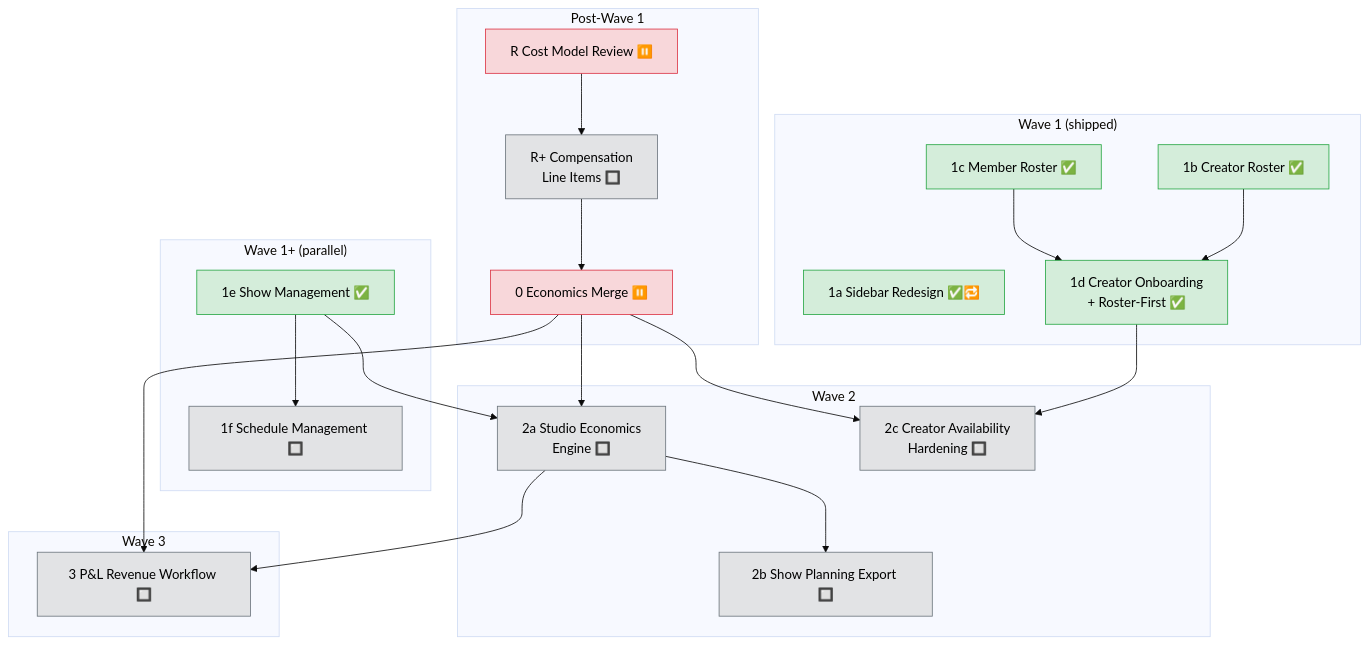
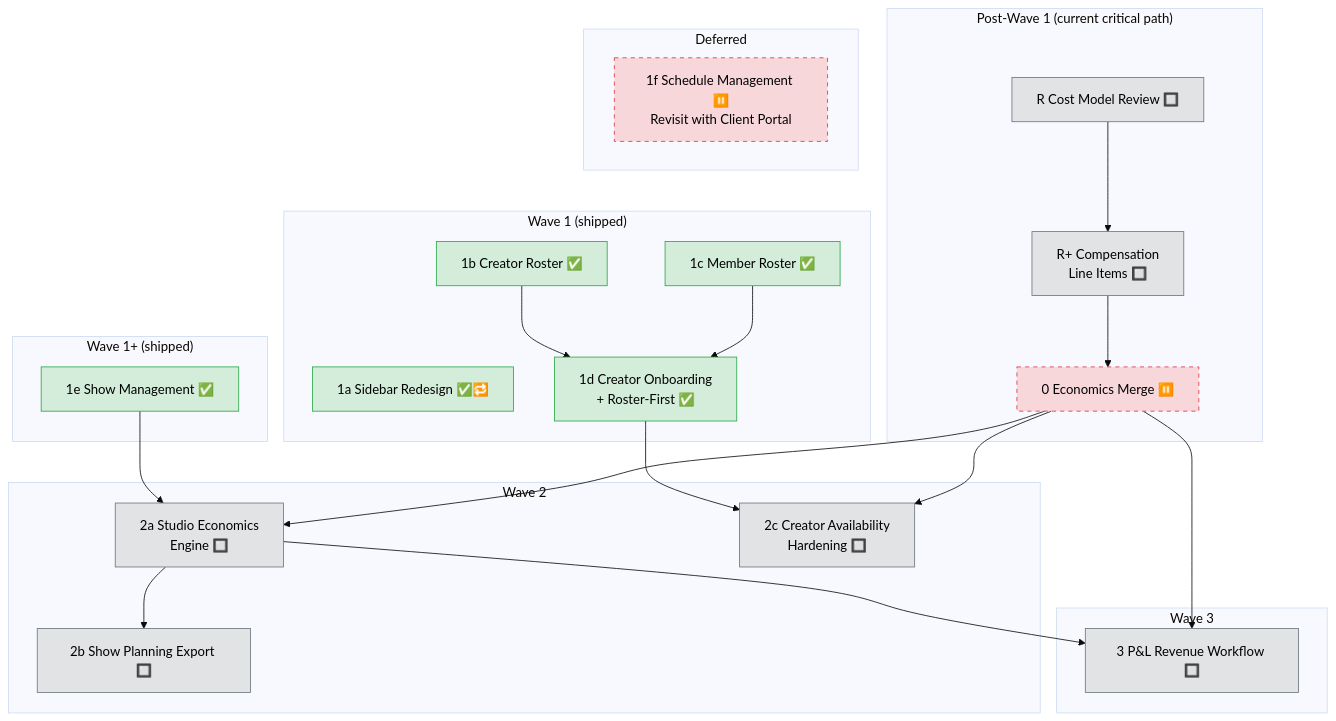
One commit to allenlin90/eridu-services changed the diagram in docs/roadmap/PHASE_4.md. Above: the diagram before and after it, drawn with Mermaid (base theme). The commit also changed other lines of this file and 9 other files, not shown here.

````diff
--- a/docs/roadmap/PHASE_4.md
+++ b/docs/roadmap/PHASE_4.md
@@ -58,53 +58,55 @@
 ```mermaid
 flowchart TD
     subgraph wave1["Wave 1 (shipped)"]
         1a["1a Sidebar Redesign ✅🔁"]
         1b["1b Creator Roster ✅"]
         1c["1c Member Roster ✅"]
         1d["1d Creator Onboarding\n+ Roster-First ✅"]
     end
 
-    subgraph wave1plus["Wave 1+ (parallel)"]
+    subgraph wave1plus["Wave 1+ (shipped)"]
         1e["1e Show Management ✅"]
-        1f["1f Schedule Management 🔲"]
     end
 
-    subgraph postwave1["Post-Wave 1"]
-        R["R Cost Model Review ⏸️"]
+    subgraph postwave1["Post-Wave 1 (current critical path)"]
+        R["R Cost Model Review 🔲"]
         Rplus["R+ Compensation\nLine Items 🔲"]
         E0["0 Economics Merge ⏸️"]
     end
 
     subgraph wave2["Wave 2"]
         2a["2a Studio Economics\nEngine 🔲"]
         2b["2b Show Planning Export 🔲"]
         2c["2c Creator Availability\nHardening 🔲"]
     end
 
     subgraph wave3["Wave 3"]
         W3["3 P&L Revenue Workflow 🔲"]
     end
 
+    subgraph deferred["Deferred"]
+        1f["1f Schedule Management ⏸️\nRevisit with Client Portal"]
+    end
+
     %% Dependencies
     1b --> 1d
     1c --> 1d
-    1e --> 1f
     1e --> 2a
     R --> Rplus --> E0
     E0 --> 2a
     2a --> 2b
     1d --> 2c
     E0 --> 2c
     E0 --> W3
     2a --> W3
 
     %% Styling
     classDef done fill:#d4edda,stroke:#28a745,color:#000
     classDef next fill:#fff3cd,stroke:#ffc107,color:#000
     classDef planned fill:#e2e3e5,stroke:#6c757d,color:#000
-    classDef deferred fill:#f8d7da,stroke:#dc3545,color:#000
+    classDef deferredStyle fill:#f8d7da,stroke:#dc3545,color:#000,stroke-dasharray: 5 5
 
     class 1a,1b,1c,1d,1e done
-    class 1f,Rplus,2a,2b,2c,W3 planned
-    class R,E0 deferred
+    class R,Rplus,2a,2b,2c,W3 planned
+    class E0,1f deferredStyle
 ```
````
